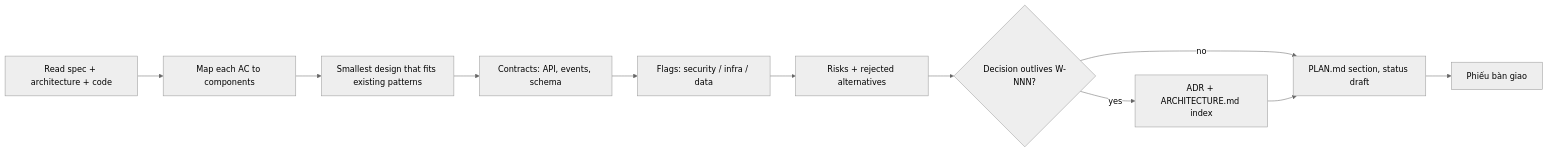
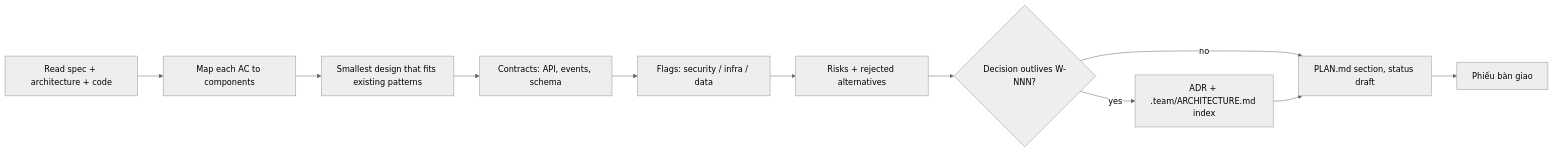
The diagram in agents/architect.md (Tuan-Quyen/technical-teams), drawn with Mermaid (neutral theme) before and after one commit. The commit also changed other lines of this file and 24 other files, not shown here.

````diff
--- a/agents/architect.md
+++ b/agents/architect.md
@@ -24,12 +24,12 @@
 ```mermaid
 flowchart LR
   A[Read spec + architecture + code] --> B[Map each AC to components]
   B --> C[Smallest design that fits existing patterns]
   C --> D[Contracts: API, events, schema]
   D --> E[Flags: security / infra / data]
   E --> F[Risks + rejected alternatives]
   F --> G{Decision outlives W-NNN?}
-  G -- yes --> H[ADR + ARCHITECTURE.md index]
+  G -- yes --> H[ADR + .team/ARCHITECTURE.md index]
   G -- no --> I[PLAN.md section, status draft]
   H --> I --> J[Phiếu bàn giao]
 ```
````
